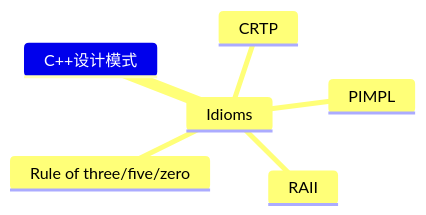
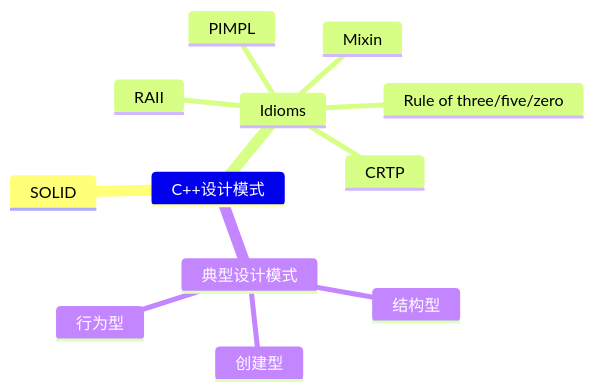
One commit to jishuguang/library changed the diagram in docs/程序/C++/设计模式/设计模式.md. Above: the diagram before and after it, drawn with Mermaid. The commit also changed other lines of this file and 5 other files, not shown here.

````diff
--- a/docs/程序/C++/设计模式/设计模式.md
+++ b/docs/程序/C++/设计模式/设计模式.md
@@ -5,9 +12,15 @@
 ```{mermaid}
 mindmap
 C++设计模式
+  SOLID
   Idioms
     CRTP
     PIMPL
     RAII
     Rule of three/five/zero
+    Mixin
+  典型设计模式
+    创建型
+    结构型
+    行为型  
 ```
````
